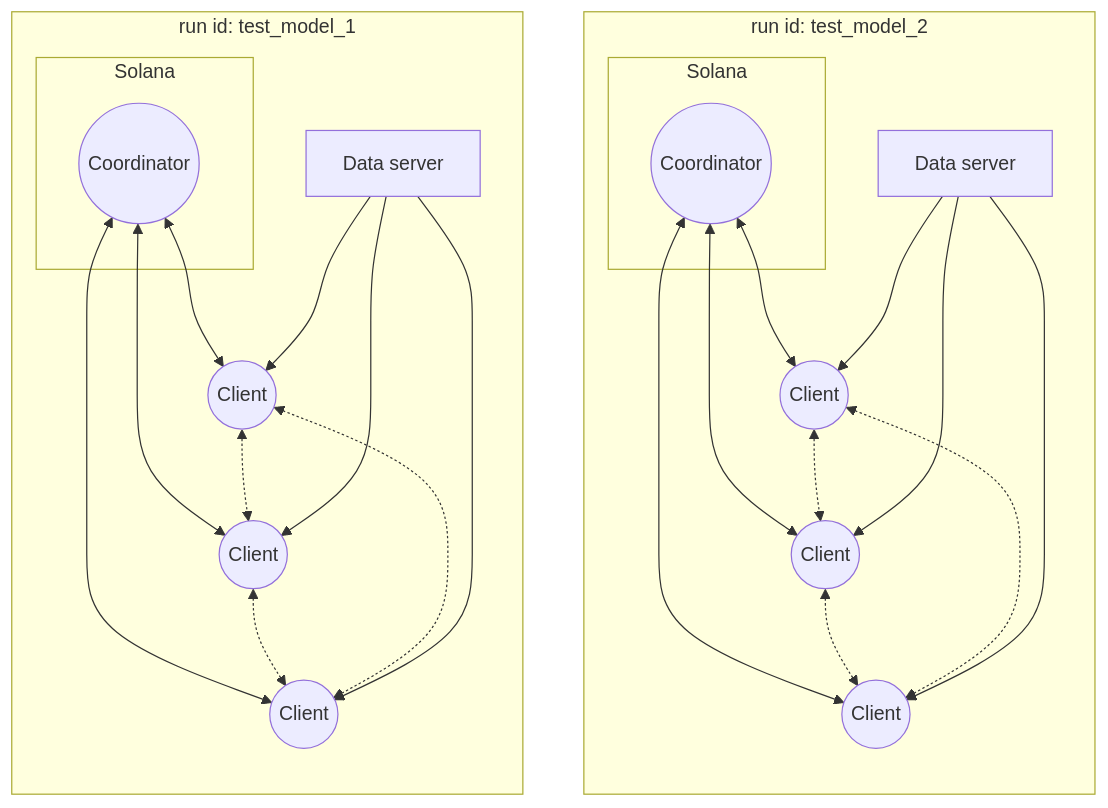
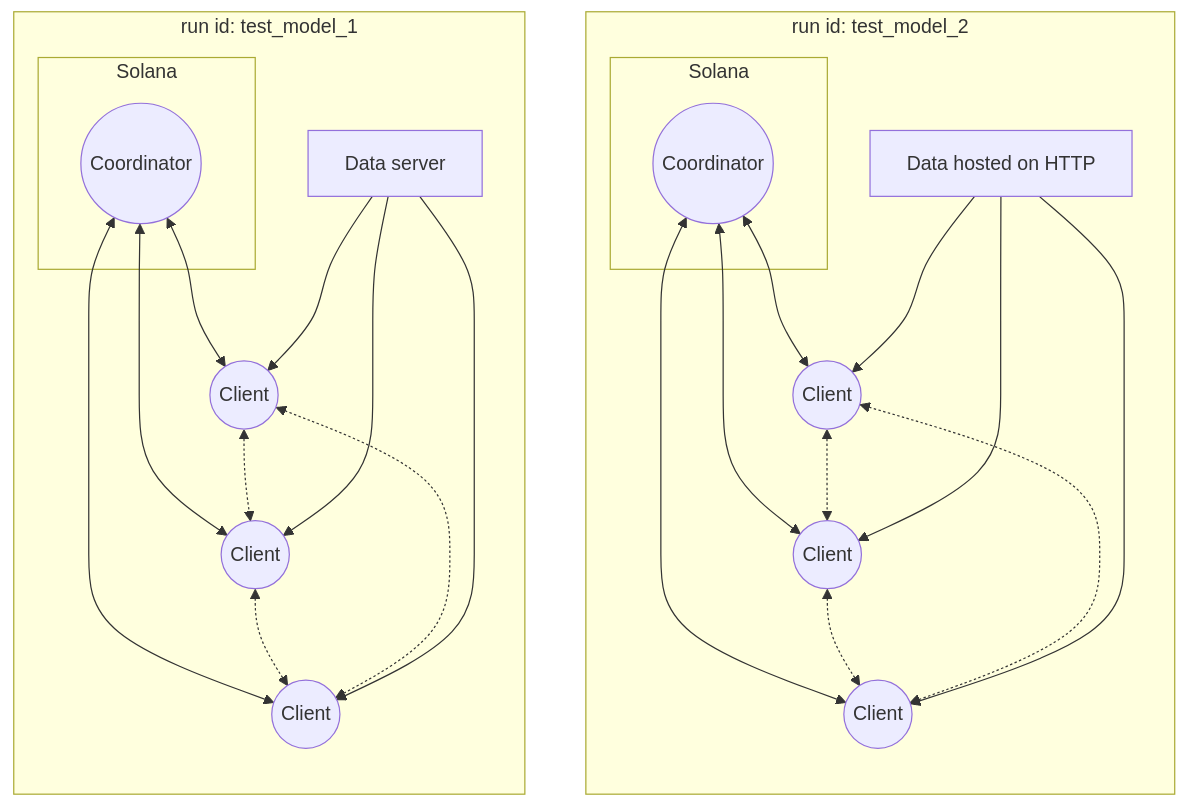
The first of 3 diagrams in psyche-book/src/how-it-works.md (vernvriereen/psyche), drawn with Mermaid before and after one commit. The commit also changed other lines of this file, not shown here.

````diff
--- a/psyche-book/src/how-it-works.md
+++ b/psyche-book/src/how-it-works.md
@@ -11,23 +11,23 @@
 ```mermaid
 flowchart TB
     subgraph run id: test_model_2
         direction TB
         subgraph Solana
             C(("Coordinator"))
         end
         C <--> C1(("Client")) & C2(("Client")) & C3(("Client"))
         C1 <-.-> C2
         C3 <-.-> C2 & C1
-        DT["Data server"] --> C1 & C2 & C3
+        DT["Data hosted on HTTP"] --> C1 & C2 & C3
     end
     subgraph run id: test_model_1
         direction TB
         subgraph Solana2["Solana"]
             CC(("Coordinator"))
         end
         CC <--> C11(("Client")) & C22(("Client")) & C33(("Client"))
         C11 <-.-> C22
         C33 <-.-> C22 & C11
         DTT["Data server"] --> C11 & C22 & C33
     end
 ```
````
